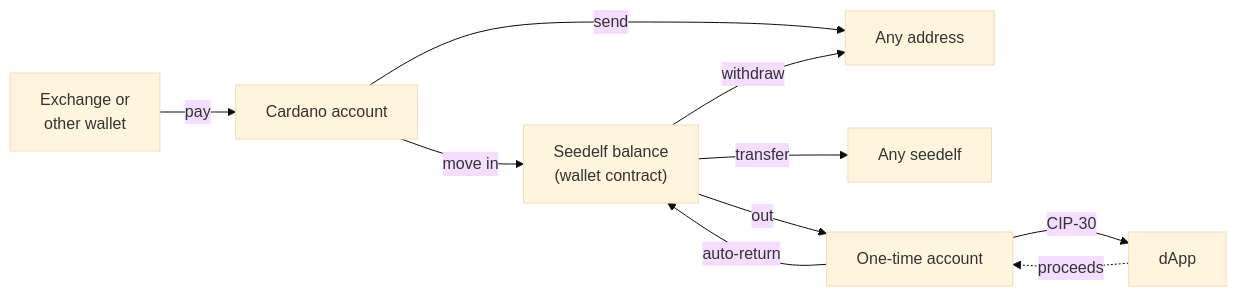
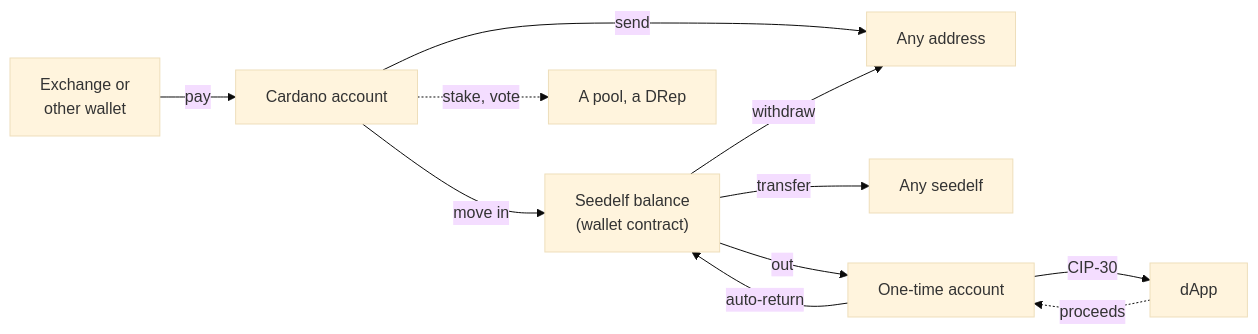
One commit to logical-mechanism/Seedelf-Wallet changed the diagram in seedelf-platform/seedelf-web-wallet/docs/flows.md. Above: the diagram before and after it, drawn with Mermaid (base theme). The commit also changed other lines of this file and 19 other files, not shown here.

First line of the commit message:
staking docs, live flows and a preprod probe; the store listing's new positioning (roadmap chunk 13)

````diff
--- a/seedelf-platform/seedelf-web-wallet/docs/flows.md
+++ b/seedelf-platform/seedelf-web-wallet/docs/flows.md
@@ -5,12 +5,13 @@
 ```mermaid
 flowchart LR
   Ext["Exchange or<br/>other wallet"] -- "pay" --> Dep["Cardano account"]
   Dep -- "move in" --> S["Seedelf balance<br/>(wallet contract)"]
   Dep -- "send" --> Addr
+  Dep -. "stake, vote" .-> Pool["A pool, a DRep"]
   S -- "transfer" --> Other["Any seedelf"]
   S -- "withdraw" --> Addr["Any address"]
   S -- "out" --> OT["One-time account"]
   OT -- "CIP-30" --> D["dApp"]
   D -. "proceeds" .-> OT
   OT -- "auto-return" --> S
 ```
````
